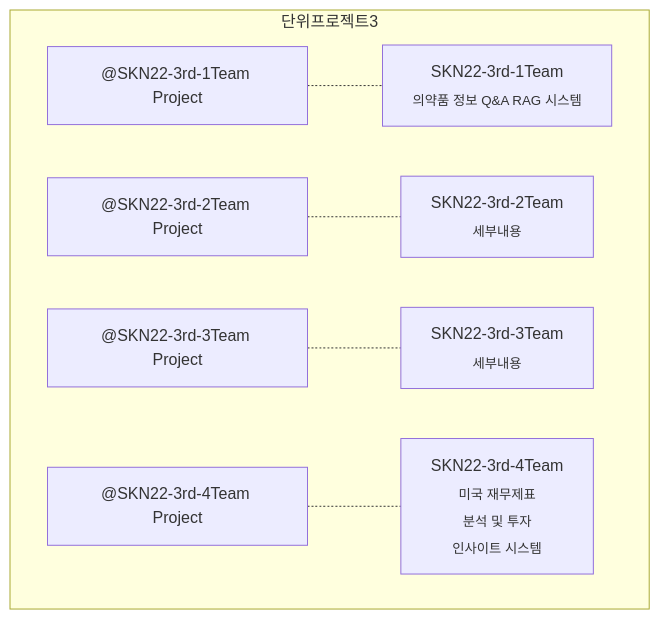
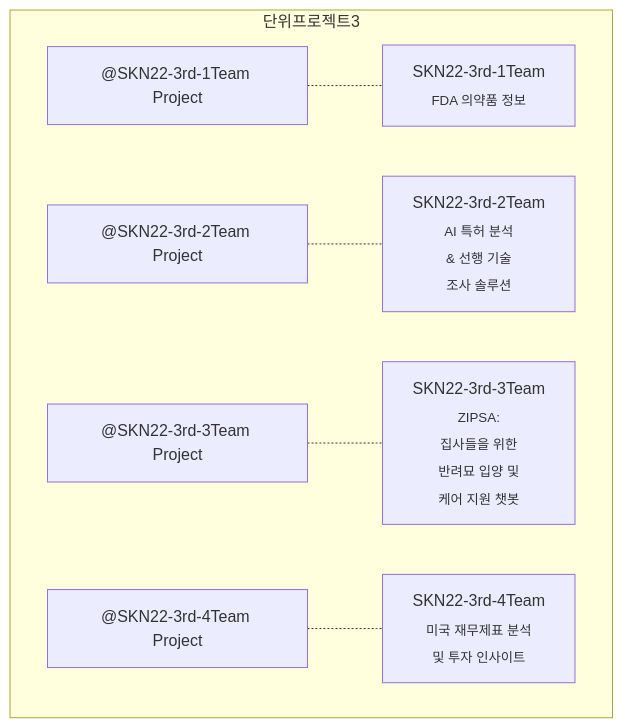
The second of 6 diagrams in profile/README.md (skn-ai22-251029/.github), drawn with Mermaid before and after one commit.

````diff
--- a/profile/README.md
+++ b/profile/README.md
@@ -40,33 +40,33 @@
 ```mermaid
 graph TD
     
     subgraph 단위프로젝트3
         A1[#64;SKN22-3rd-1Team Project]
         A2[#64;SKN22-3rd-2Team Project]
         A3[#64;SKN22-3rd-3Team Project]
         A4[#64;SKN22-3rd-4Team Project]
 
         %% B1["SKN22-2nd-1Team<br><sub>세부내용</sub>"]
-        B1[SKN22-3rd-1Team<br><sub>의약품 정보 Q&A RAG 시스템</sub>]
-        B2[SKN22-3rd-2Team<br><sub>세부내용</sub>]
-        B3[SKN22-3rd-3Team<br><sub>세부내용</sub>]
-        B4[SKN22-3rd-4Team<br><sub>미국 재무제표 <br> 분석 및 투자 <br>인사이트 시스템</sub>]
+        B1[SKN22-3rd-1Team<br><sub>FDA 의약품 정보</sub>]
+        B2[SKN22-3rd-2Team<br><sub>AI 특허 분석<br>& 선행 기술<br>조사 솔루션</sub>]
+        B3[SKN22-3rd-3Team<br><sub>ZIPSA:<br>집사들을 위한 <br>반려묘 입양 및<br>케어 지원 챗봇</sub>]
+        B4[SKN22-3rd-4Team<br><sub>미국 재무제표 분석<br>및 투자 인사이트</sub>]
 
         A1 -.- B1
         A2 -.- B2
         A3 -.- B3
         A4 -.- B4
 
 
     end
     click A1 "https://github.com/orgs/skn-ai22-251029/projects/30" "SKN22-3rd-1Team"
     click A2 "https://github.com/orgs/skn-ai22-251029/projects/32" "SKN22-3rd-2Team"
     click A3 "https://github.com/orgs/skn-ai22-251029/projects/33" "SKN22-3rd-3Team"
     click A4 "https://github.com/orgs/skn-ai22-251029/projects/34" "SKN22-3rd-4Team"
 
     click B1 "https://github.com/skn-ai22-251029/SKN22-3rd-1Team" "SKN22-3rd-1Team"
     click B2 "https://github.com/skn-ai22-251029/SKN22-3rd-2Team" "SKN22-3rd-2Team"
     click B3 "https://github.com/skn-ai22-251029/SKN22-3rd-3Team" "SKN22-3rd-3Team"
     click B4 "https://github.com/skn-ai22-251029/SKN22-3rd-4Team" "SKN22-3rd-4Team"
 
 ```
````
